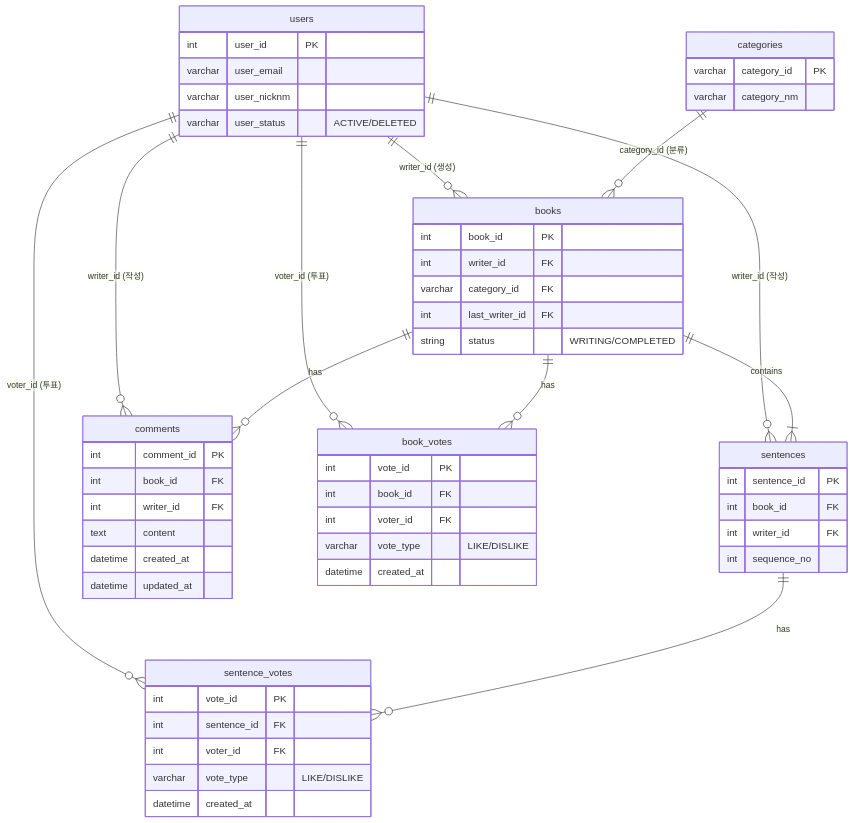
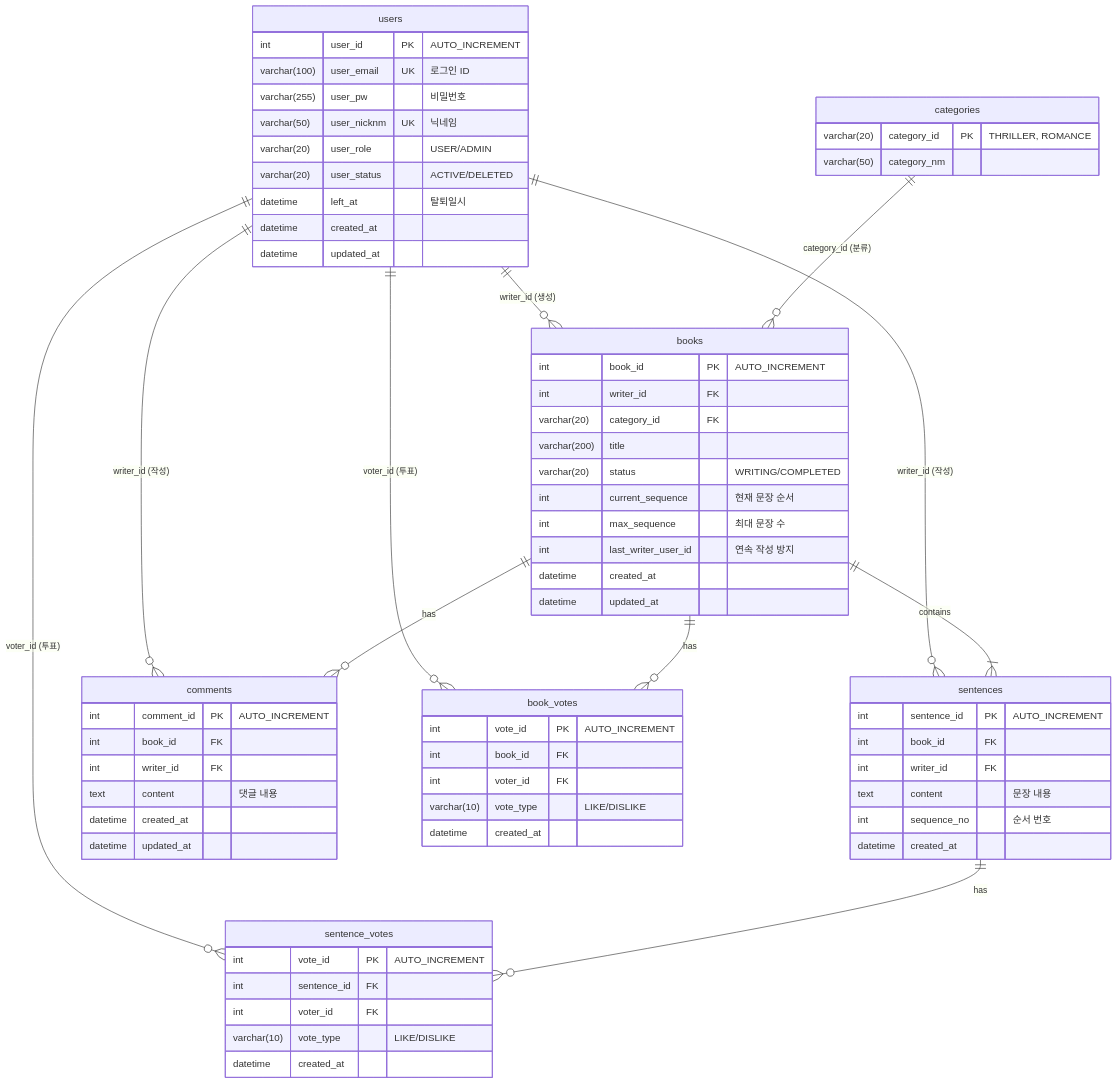
The second of 2 diagrams in README.md (choihyeonji00/be22-2nd-team2-project), drawn with Mermaid before and after one commit. The commit also changed 22 other files, not shown here.

````diff
--- a/README.md
+++ b/README.md
@@ -239,67 +239,79 @@
 ```mermaid
 erDiagram
     users ||--o{ books : "writer_id (생성)"
     users ||--o{ sentences : "writer_id (작성)"
     users ||--o{ comments : "writer_id (작성)"
     users ||--o{ book_votes : "voter_id (투표)"
     users ||--o{ sentence_votes : "voter_id (투표)"
 
     categories ||--o{ books : "category_id (분류)"
 
     books ||--|{ sentences : contains
     books ||--o{ comments : has
     books ||--o{ book_votes : has
     sentences ||--o{ sentence_votes : has
 
     users {
-        int user_id PK
-        varchar user_email
-        varchar user_nicknm
-        varchar user_status "ACTIVE/DELETED"
+        int user_id PK "AUTO_INCREMENT"
+        varchar(100) user_email UK "로그인 ID"
+        varchar(255) user_pw "비밀번호"
+        varchar(50) user_nicknm UK "닉네임"
+        varchar(20) user_role "USER/ADMIN"
+        varchar(20) user_status "ACTIVE/DELETED"
+        datetime left_at "탈퇴일시"
+        datetime created_at
+        datetime updated_at
+    }
+    
+    categories {
+        varchar(20) category_id PK "THRILLER, ROMANCE"
+        varchar(50) category_nm
     }
     
     books {
-        int book_id PK
+        int book_id PK "AUTO_INCREMENT"
         int writer_id FK
-        varchar category_id FK
-        int last_writer_id FK
-        string status "WRITING/COMPLETED"
+        varchar(20) category_id FK
+        varchar(200) title
+        varchar(20) status "WRITING/COMPLETED"
+        int current_sequence "현재 문장 순서"
+        int max_sequence "최대 문장 수"
+        int last_writer_user_id "연속 작성 방지"
+        datetime created_at
+        datetime updated_at
     }
 
     sentences {
-        int sentence_id PK
+        int sentence_id PK "AUTO_INCREMENT"
         int book_id FK
         int writer_id FK
-        int sequence_no
+        text content "문장 내용"
+        int sequence_no "순서 번호"
+        datetime created_at
+    }
+    
+    comments {
+        int comment_id PK "AUTO_INCREMENT"
+        int book_id FK
+        int writer_id FK
+        text content "댓글 내용"
+        datetime created_at
+        datetime updated_at
     }
     
     book_votes {
-        int vote_id PK
+        int vote_id PK "AUTO_INCREMENT"
         int book_id FK
         int voter_id FK
-        varchar vote_type "LIKE/DISLIKE"
+        varchar(10) vote_type "LIKE/DISLIKE"
         datetime created_at
     }
 
     sentence_votes {
-        int vote_id PK
+        int vote_id PK "AUTO_INCREMENT"
         int sentence_id FK
         int voter_id FK
-        varchar vote_type "LIKE/DISLIKE"
+        varchar(10) vote_type "LIKE/DISLIKE"
         datetime created_at
     }
-
-    comments {
-        int comment_id PK
-        int book_id FK
-        int writer_id FK
-        text content
-        datetime created_at
-        datetime updated_at
-    }
-
-    categories {
-        varchar category_id PK
-        varchar category_nm
-    }
 ```
````
